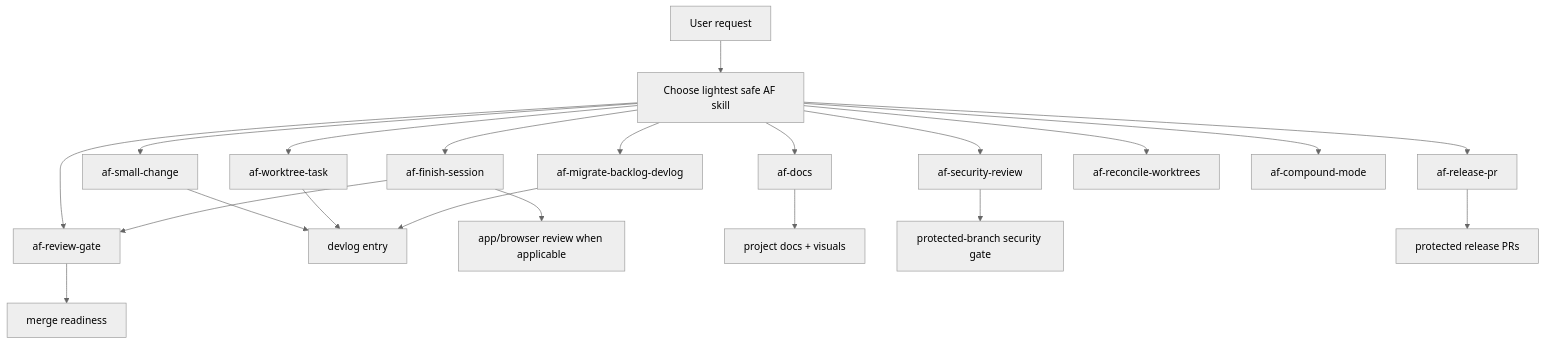
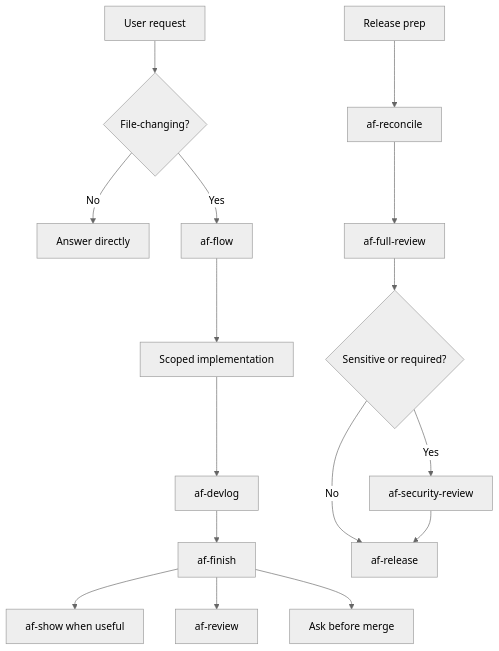
Before and after one commit to miketaheny/codex-setup: the second of 4 diagrams in docs/ARCHITECTURE.md, drawn with Mermaid (neutral theme). The commit also changed other lines of this file and 48 other files, not shown here.

Commit message:
chore: af simplify flow

````diff
--- a/docs/ARCHITECTURE.md
+++ b/docs/ARCHITECTURE.md
@@ -86,24 +46,19 @@
 ```mermaid
 flowchart TD
-    Request["User request"] --> Choose["Choose lightest safe AF skill"]
-    Choose --> Small["af-small-change"]
-    Choose --> Worktree["af-worktree-task"]
-    Choose --> Finish["af-finish-session"]
-    Choose --> Docs["af-docs"]
-    Choose --> Migration["af-migrate-backlog-devlog"]
-    Choose --> Review["af-review-gate"]
-    Choose --> Security["af-security-review"]
-    Choose --> Release["af-release-pr"]
-    Choose --> Reconcile["af-reconcile-worktrees"]
-    Choose --> Compound["af-compound-mode"]
+    Request["User request"] --> Kind{"File-changing?"}
+    Kind -->|No| Answer["Answer directly"]
+    Kind -->|Yes| Flow["af-flow"]
+    Flow --> Work["Scoped implementation"]
+    Work --> Devlog["af-devlog"]
+    Devlog --> Finish["af-finish"]
+    Finish --> Show["af-show when useful"]
+    Finish --> Review["af-review"]
+    Finish --> Ask["Ask before merge"]
 
-    Small --> Devlog["devlog entry"]
-    Worktree --> Devlog
-    Finish --> BrowserQA["app/browser review when applicable"]
-    Finish --> Review
-    Docs --> ProjectDocs["project docs + visuals"]
-    Migration --> Devlog
-    Review --> MergeDecision["merge readiness"]
-    Security --> ProtectedReview["protected-branch security gate"]
-    Release --> Protected["protected release PRs"]
+    ReleaseStart["Release prep"] --> Reconcile["af-reconcile"]
+    Reconcile --> Full["af-full-review"]
+    Full --> Security{"Sensitive or required?"}
+    Security -->|Yes| Sec["af-security-review"]
+    Security -->|No| Release["af-release"]
+    Sec --> Release
 ```
````
